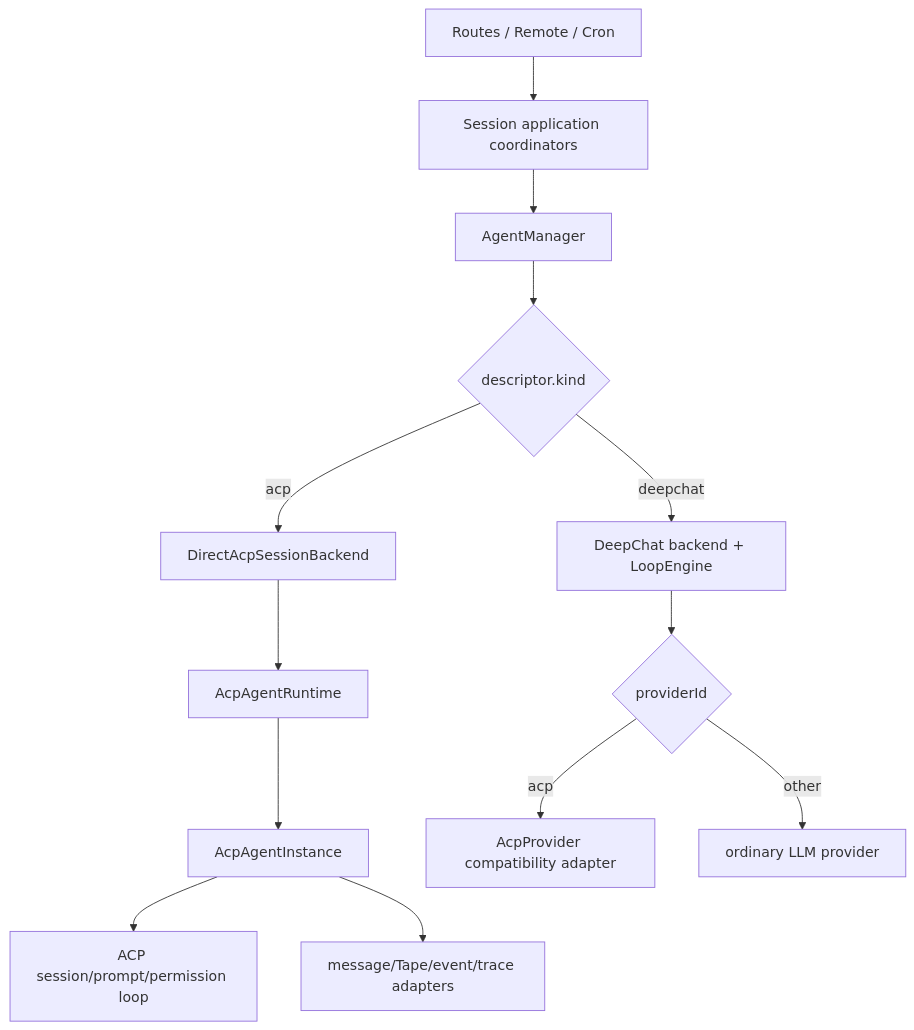
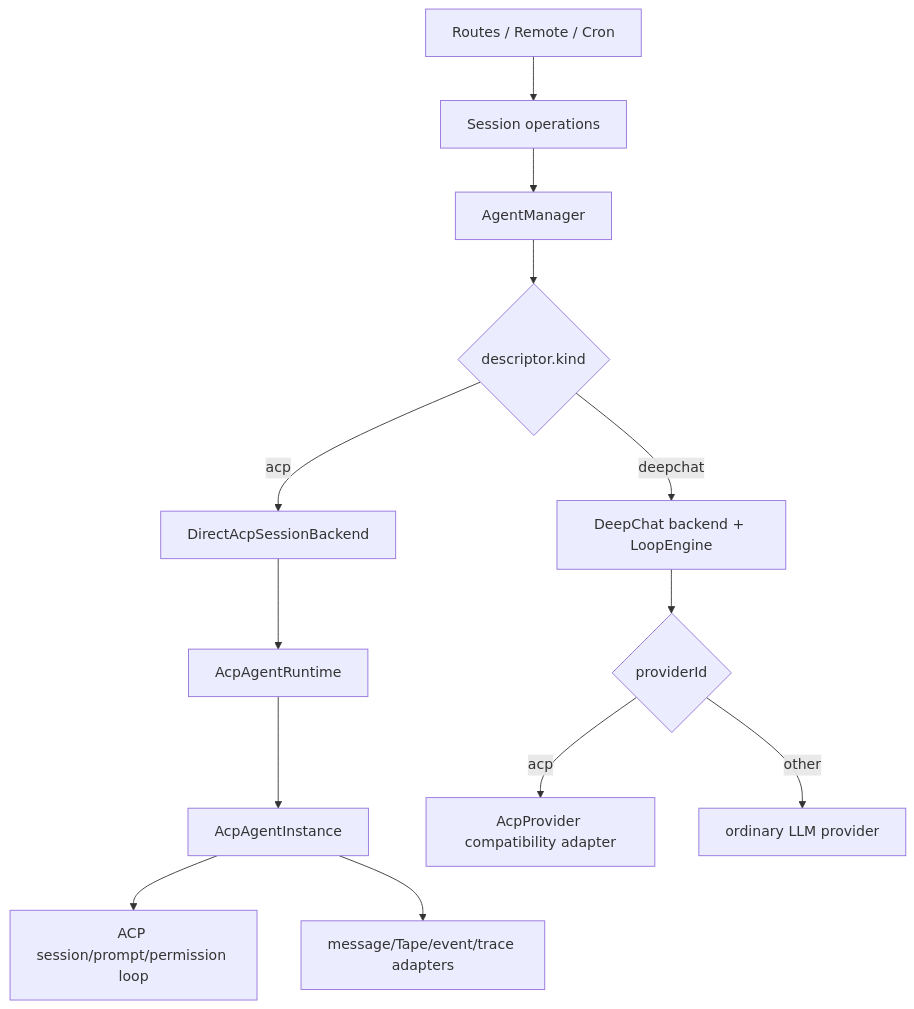
Before and after one commit to ThinkInAIXYZ/deepchat: the fifth of 9 diagrams in docs/FLOWS.md, drawn with Mermaid. The commit also changed other lines of this file and 42 other files, not shown here.

````diff
--- a/docs/FLOWS.md
+++ b/docs/FLOWS.md
@@ -153,15 +153,15 @@
 ```mermaid
 flowchart TD
-    Entry["Routes / Remote / Cron"] --> App["Session application coordinators"]
+    Entry["Routes / Remote / Cron"] --> App["Session operations"]
     App --> Manager["AgentManager"]
     Manager --> Kind{"descriptor.kind"}
     Kind -->|acp| Direct["DirectAcpSessionBackend"]
     Direct --> AcpRuntime["AcpAgentRuntime"]
     AcpRuntime --> AcpInstance["AcpAgentInstance"]
     AcpInstance --> Protocol["ACP session/prompt/permission loop"]
     AcpInstance --> Projection["message/Tape/event/trace adapters"]
     Kind -->|deepchat| Deep["DeepChat backend + LoopEngine"]
     Deep --> Provider{"providerId"}
     Provider -->|acp| Compat["AcpProvider compatibility adapter"]
     Provider -->|other| LLM["ordinary LLM provider"]
 ```
````
